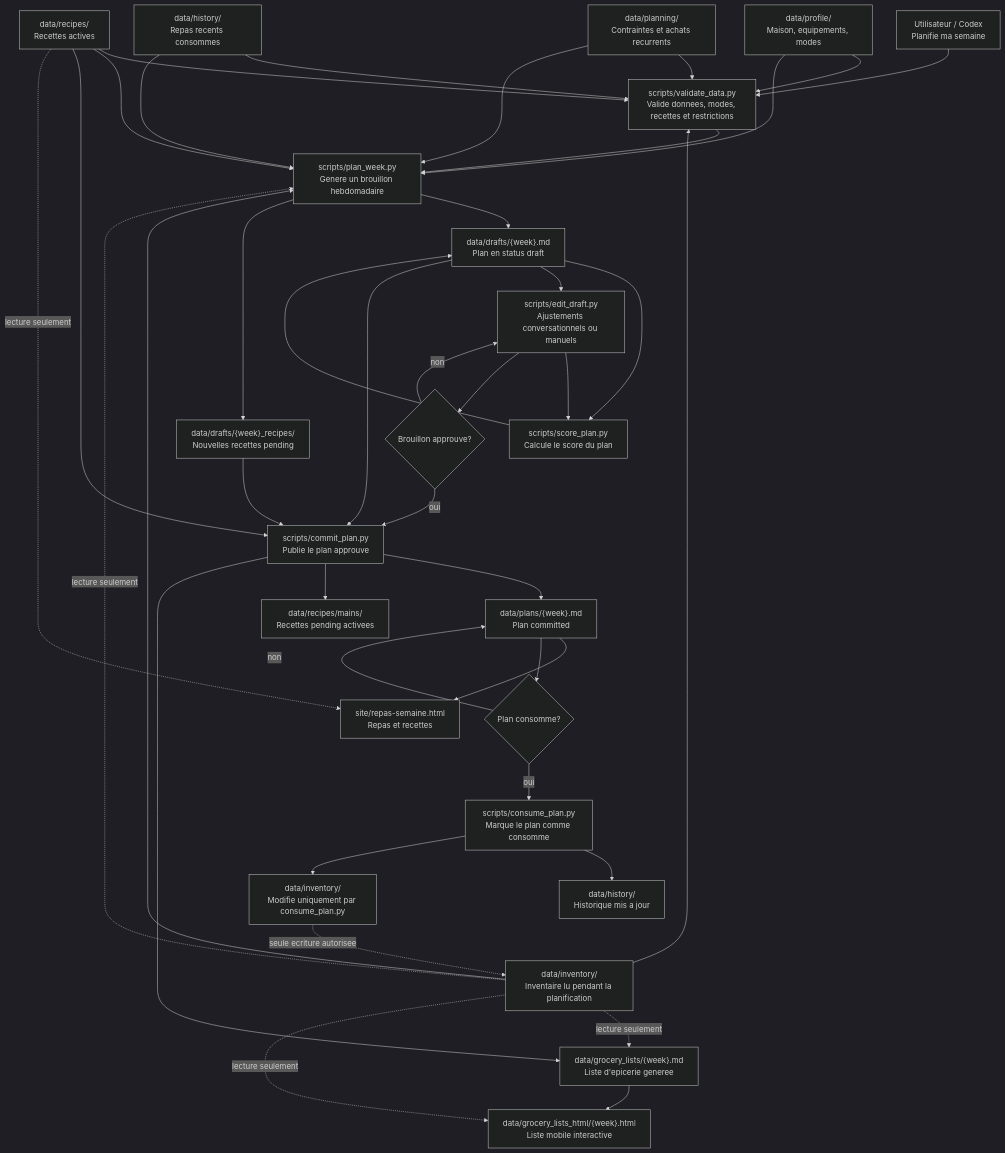
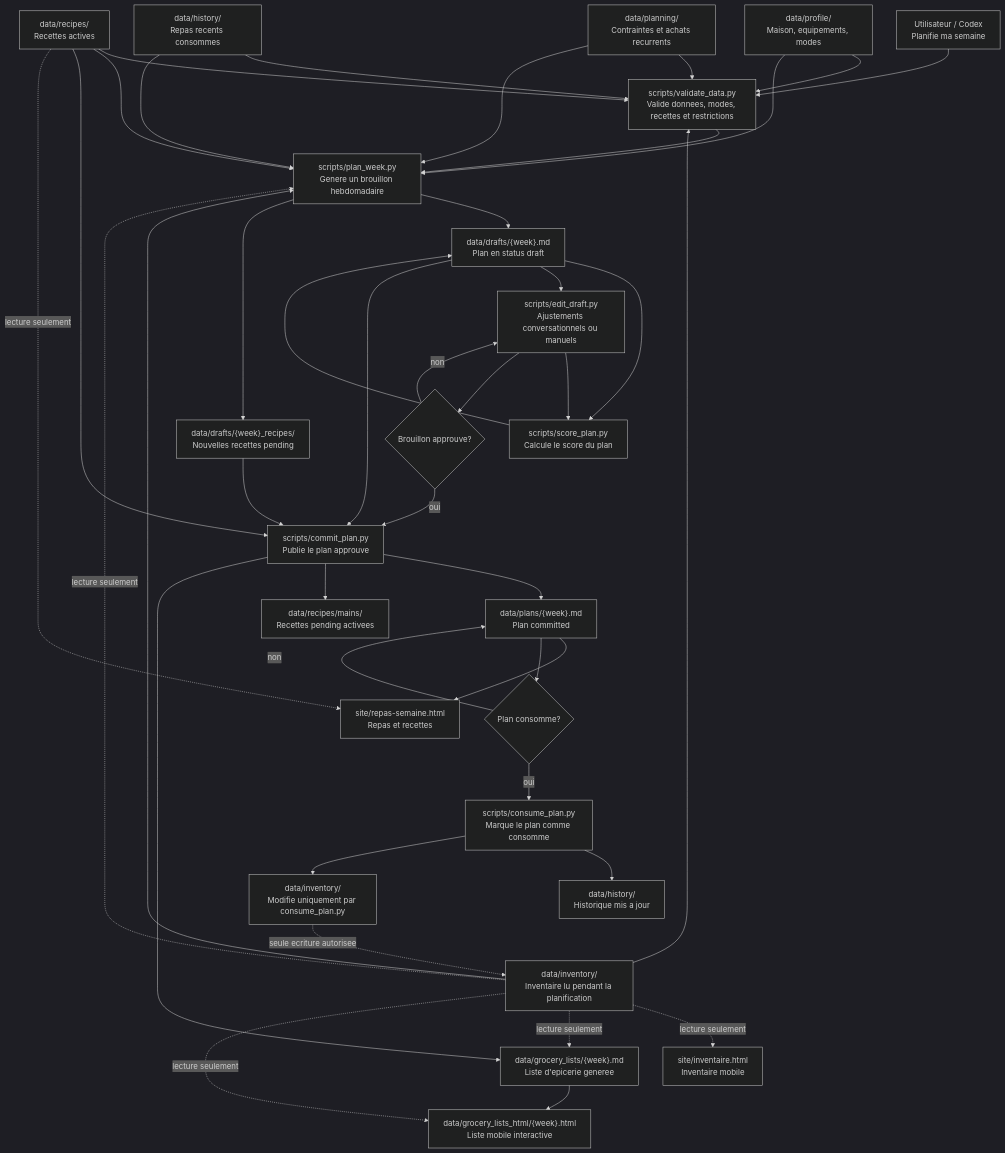
Before and after one commit to brierepatrice-web/meal-planner-ai: the diagram in README.md, drawn with Mermaid (dark theme). The commit also changed other lines of this file and 12 other files, not shown here.

Commit message:
Add inventory HTML page

````diff
--- a/README.md
+++ b/README.md
@@ -69,72 +75,74 @@
 ```mermaid
 flowchart TD
     user["Utilisateur / Codex<br/>Planifie ma semaine"]
 
     profile["data/profile/<br/>Maison, equipements, modes"]
     inventory["data/inventory/<br/>Inventaire lu pendant la planification"]
     planning["data/planning/<br/>Contraintes et achats recurrents"]
     history["data/history/<br/>Repas recents consommes"]
     recipes["data/recipes/<br/>Recettes actives"]
 
     validate["scripts/validate_data.py<br/>Valide donnees, modes, recettes et restrictions"]
     plan["scripts/plan_week.py<br/>Genere un brouillon hebdomadaire"]
     draft["data/drafts/{week}.md<br/>Plan en status draft"]
     pending["data/drafts/{week}_recipes/<br/>Nouvelles recettes pending"]
     scoreDraft["scripts/score_plan.py<br/>Calcule le score du plan"]
     edit["scripts/edit_draft.py<br/>Ajustements conversationnels ou manuels"]
     approve{"Brouillon approuve?"}
     commit["scripts/commit_plan.py<br/>Publie le plan approuve"]
     planOut["data/plans/{week}.md<br/>Plan committed"]
     activeRecipes["data/recipes/mains/<br/>Recettes pending activees"]
     grocery["data/grocery_lists/{week}.md<br/>Liste d'epicerie generee"]
     groceryHtml["data/grocery_lists_html/{week}.html<br/>Liste mobile interactive"]
     mealHtml["site/repas-semaine.html<br/>Repas et recettes"]
+    inventoryHtml["site/inventaire.html<br/>Inventaire mobile"]
     consumed{"Plan consomme?"}
     consume["scripts/consume_plan.py<br/>Marque le plan comme consomme"]
     historyUpdate["data/history/<br/>Historique mis a jour"]
     inventoryUpdate["data/inventory/<br/>Modifie uniquement par consume_plan.py"]
 
     user --> validate
     profile --> validate
     inventory --> validate
     planning --> validate
     history --> validate
     recipes --> validate
 
     validate --> plan
     profile --> plan
     inventory --> plan
     planning --> plan
     history --> plan
     recipes --> plan
 
     plan --> draft
     plan --> pending
     draft --> scoreDraft
     scoreDraft --> draft
     draft --> edit
     edit --> scoreDraft
     edit --> approve
     approve -- non --> edit
     approve -- oui --> commit
     pending --> commit
     draft --> commit
     recipes --> commit
 
     commit --> planOut
     commit --> activeRecipes
     commit --> grocery
     grocery --> groceryHtml
     planOut --> mealHtml
     recipes -. lecture seulement .-> mealHtml
+    inventory -. lecture seulement .-> inventoryHtml
     planOut --> consumed
     consumed -- non --> planOut
     consumed -- oui --> consume
     consume --> historyUpdate
     consume --> inventoryUpdate
 
     inventory -. lecture seulement .-> plan
     inventory -. lecture seulement .-> grocery
     inventory -. lecture seulement .-> groceryHtml
     inventoryUpdate -. seule ecriture autorisee .-> inventory
 ```
````
